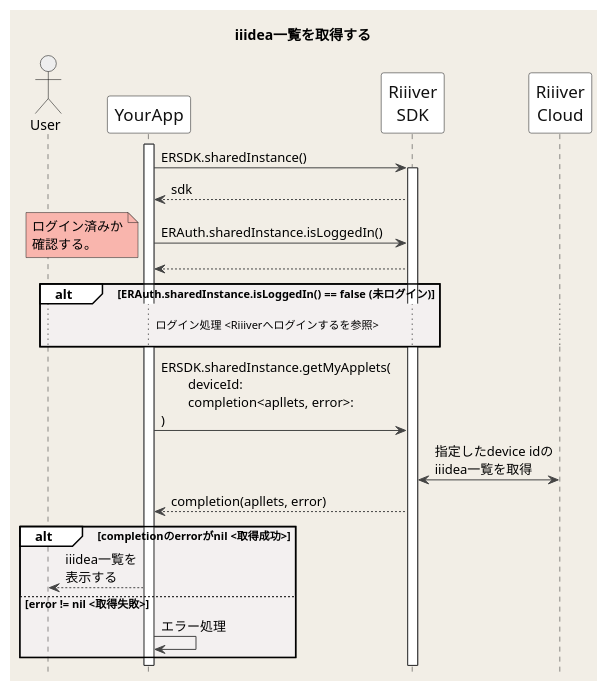
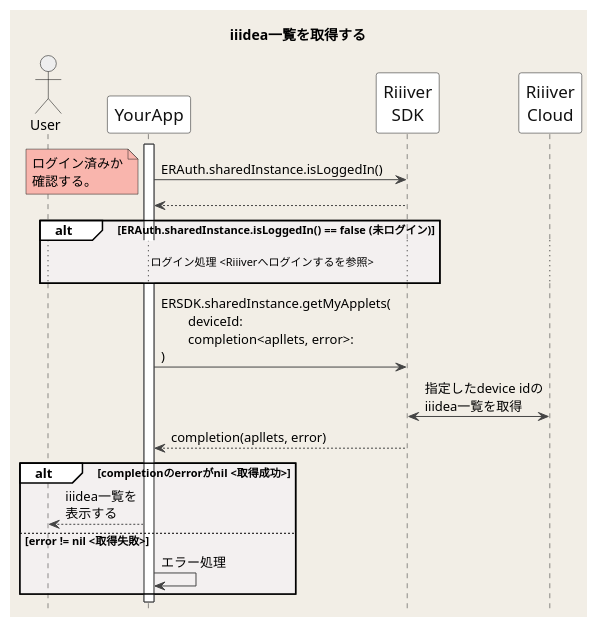
One commit to CitizenWatch/RiiiverResources changed the diagram in images/ja/Sequences/getIiideaList.pu. Above: the diagram before and after it, drawn with PlantUML. The commit also changed 2 other files, not shown here.

Commit message:
iOS版シーケンス図の誤りを修正

```diff
--- a/images/ja/Sequences/getIiideaList.pu
+++ b/images/ja/Sequences/getIiideaList.pu
@@ -1,59 +1,55 @@
 @startuml
 title iiidea一覧を取得する
 hide footbox
 
 skinparam DefaultFontName "Noto Sans JP, Helvetica, Arial, Liberation Sans"
 skinparam BackgroundColor #F2EEE6
 skinparam Shadowing false
 skinparam NoteBackgroundColor #F9B5AD
 skinparam NodeBorderColor #F26767
 
 skinparam sequence {
 ArrowColor #444444
 ActorBorderColor Black
 LifeLineBorderColor #222222
 LifeLineBackgroundColor White
 BoxBorderColor #FFFFFF
 BoxBackgroundColor #F2fEf6
 GroupBackgroundColor #FFFFFF
 GroupBodyBackgroundColor #F3F0F0
 
 ParticipantBorderColor #111111
 ParticipantBackgroundColor White
 ParticipantFontSize 17
 ParticipantFontColor #111111
 BoundaryBorderColor Gray
 ActorBackgroundColor #eeeeee
 ActorFontColor Black
 
 }
 
 actor User
 participant YourApp as App
 participant "Riiiver\nSDK" as ERSDK
 participant "Riiiver\nCloud" as Riiiver
 
 activate App
 
-App -> ERSDK: ERSDK.sharedInstance()
-activate ERSDK
-App <-- ERSDK: sdk
-
 App -> ERSDK: ERAuth.sharedInstance.isLoggedIn()
 note left: ログイン済みか\n確認する。
 ERSDK --> App:
 
 alt ERAuth.sharedInstance.isLoggedIn() == false (未ログイン)
     ... ログイン処理 <Riiiverへログインするを参照>                           ...
 end
 
 App -> ERSDK: ERSDK.sharedInstance.getMyApplets(\n\tdeviceId:\n\tcompletion<apllets, error>:\n)
 ERSDK <-> Riiiver: 指定したdevice idの\niiidea一覧を取得
 App <-- ERSDK: completion(apllets, error)
 alt completionのerrorがnil <取得成功>
     User <-- App: iiidea一覧を\n表示する
 else error != nil <取得失敗>
     App -> App: エラー処理
 end
 
 @enduml
```
